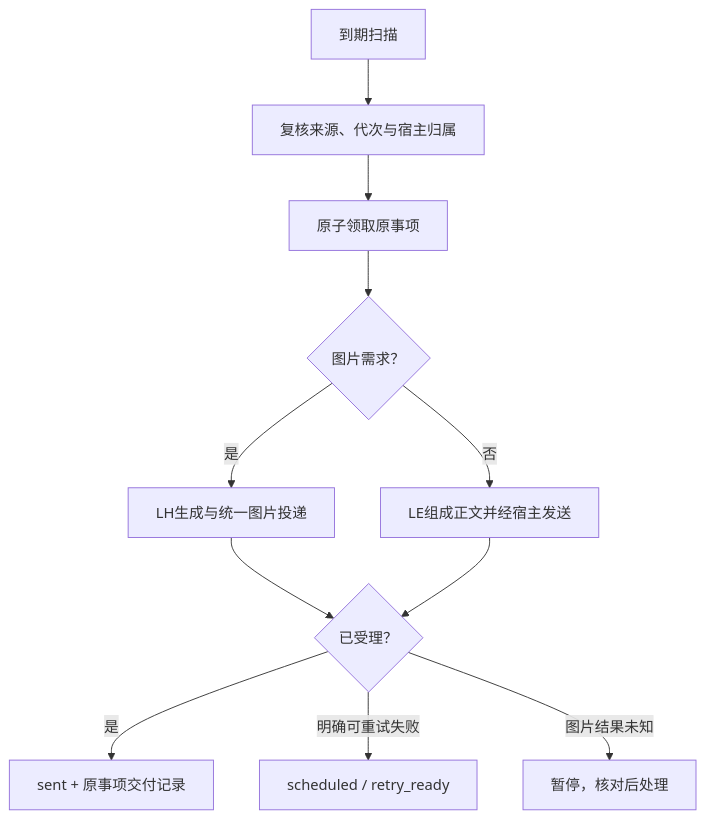
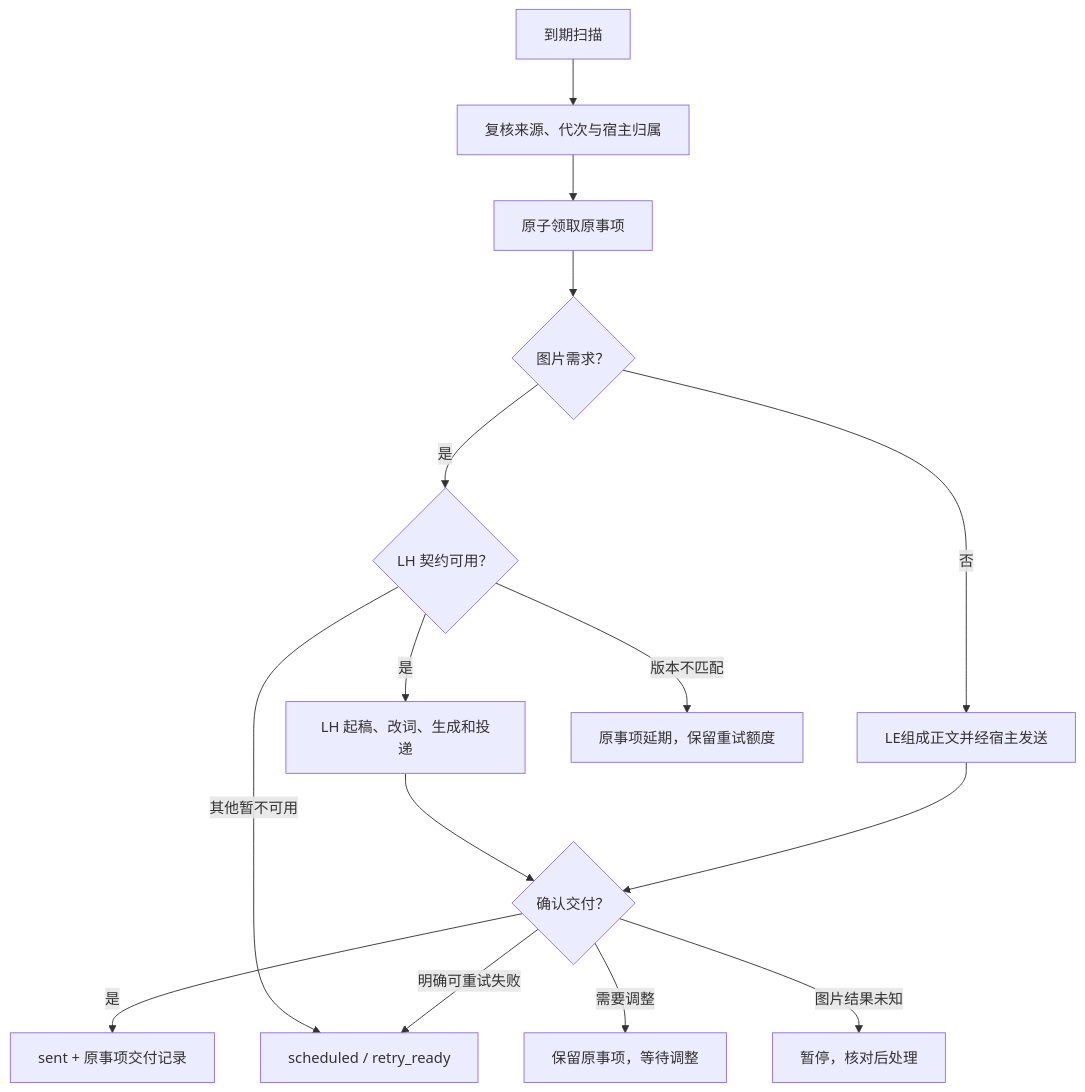
One commit to AKIhunter/astrbot_plugin_livingemotion changed the diagram in docs/promise.md. Above: the diagram before and after it, drawn with Mermaid. The commit also changed other lines of this file and 9 other files, not shown here.

First line of the commit message:
标记 LivingEmotion 0.12.0，说明图片承诺的配套和恢复

````diff
--- a/docs/promise.md
+++ b/docs/promise.md
@@ -29,13 +29,17 @@
 ```mermaid
 flowchart TD
     A["到期扫描"] --> B["复核来源、代次与宿主归属"]
     B --> C["原子领取原事项"]
     C --> D{"图片需求？"}
-    D -->|是| E["LH生成与统一图片投递"]
+    D -->|是| E{"LH 契约可用？"}
     D -->|否| F["LE组成正文并经宿主发送"]
-    E --> G{"已受理？"}
+    E -->|是| L["LH 起稿、改词、生成和投递"]
+    E -->|版本不匹配| M["原事项延期，保留重试额度"]
+    E -->|其他暂不可用| I["scheduled / retry_ready"]
+    L --> G{"确认交付？"}
     F --> G
     G -->|是| H["sent + 原事项交付记录"]
-    G -->|明确可重试失败| I["scheduled / retry_ready"]
+    G -->|明确可重试失败| I
+    G -->|需要调整| N["保留原事项，等待调整"]
     G -->|图片结果未知| J["暂停，核对后处理"]
 ```
````
